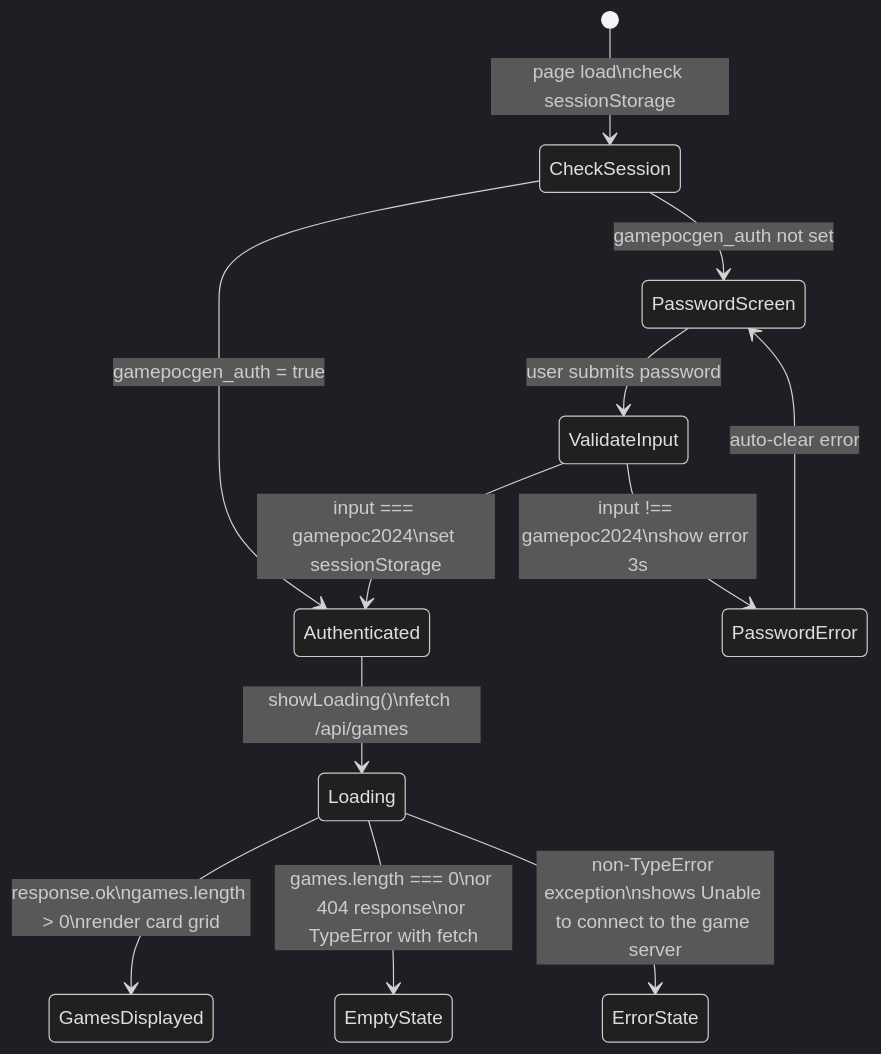
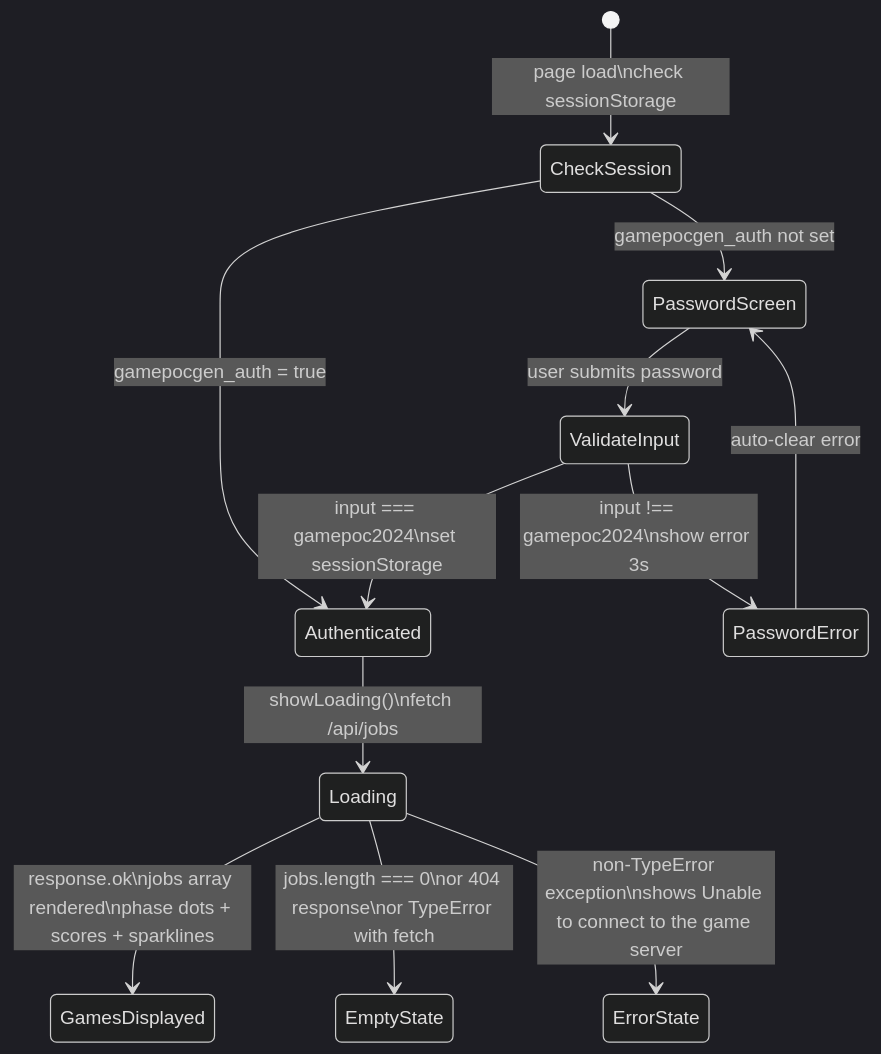
One commit to J-Gierend/gamePocGen changed the seventh of 8 diagrams in AI/document/06-state-lifecycle.md. Above: the diagram before and after it, drawn with Mermaid (dark theme). The commit also changed other lines of this file and 5 other files, not shown here.

````diff
--- a/AI/document/06-state-lifecycle.md
+++ b/AI/document/06-state-lifecycle.md
@@ -164,20 +176,20 @@
 ```mermaid
 stateDiagram-v2
     [*] --> CheckSession: page load\ncheck sessionStorage
 
     CheckSession --> PasswordScreen: gamepocgen_auth not set
     CheckSession --> Authenticated: gamepocgen_auth = true
 
     PasswordScreen --> ValidateInput: user submits password
 
     ValidateInput --> PasswordError: input !== gamepoc2024\nshow error 3s
     ValidateInput --> Authenticated: input === gamepoc2024\nset sessionStorage
 
     PasswordError --> PasswordScreen: auto-clear error
 
-    Authenticated --> Loading: showLoading()\nfetch /api/games
+    Authenticated --> Loading: showLoading()\nfetch /api/jobs
 
-    Loading --> GamesDisplayed: response.ok\ngames.length > 0\nrender card grid
-    Loading --> EmptyState: games.length === 0\nor 404 response\nor TypeError with fetch
+    Loading --> GamesDisplayed: response.ok\njobs array rendered\nphase dots + scores + sparklines
+    Loading --> EmptyState: jobs.length === 0\nor 404 response\nor TypeError with fetch
     Loading --> ErrorState: non-TypeError exception\nshows Unable to connect to the game server
 ```
````
